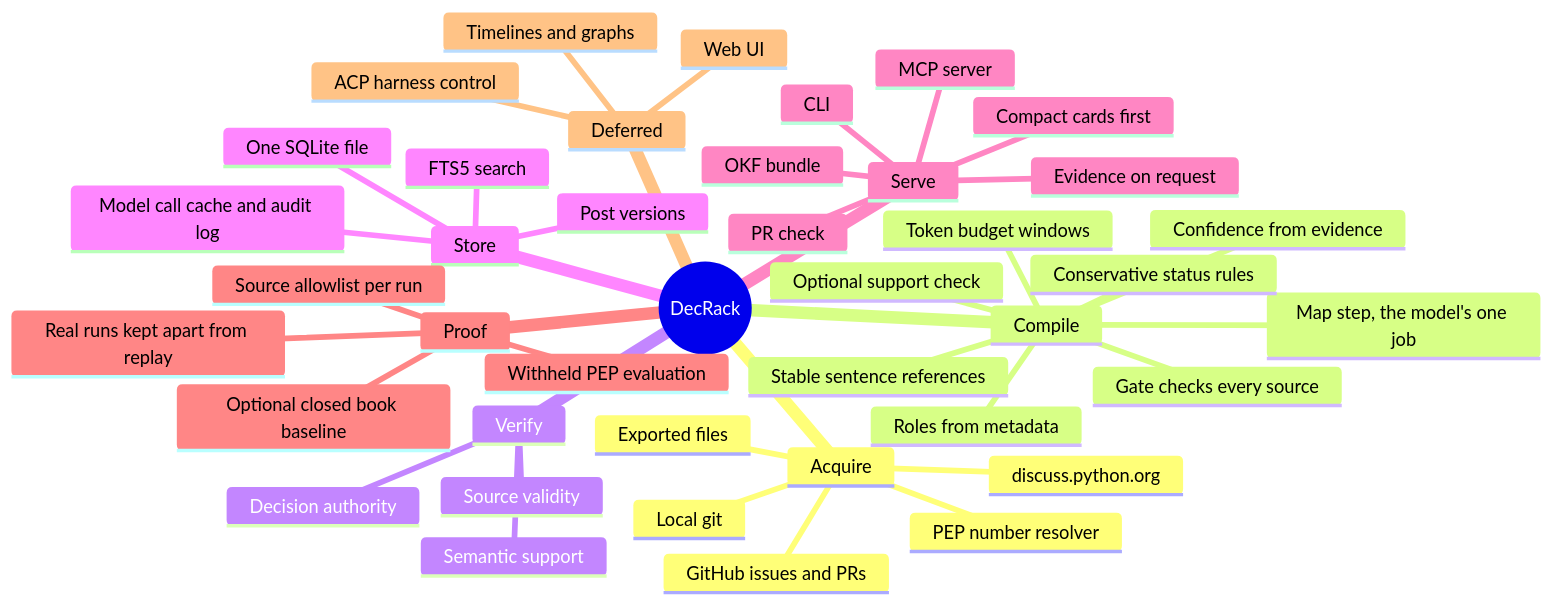
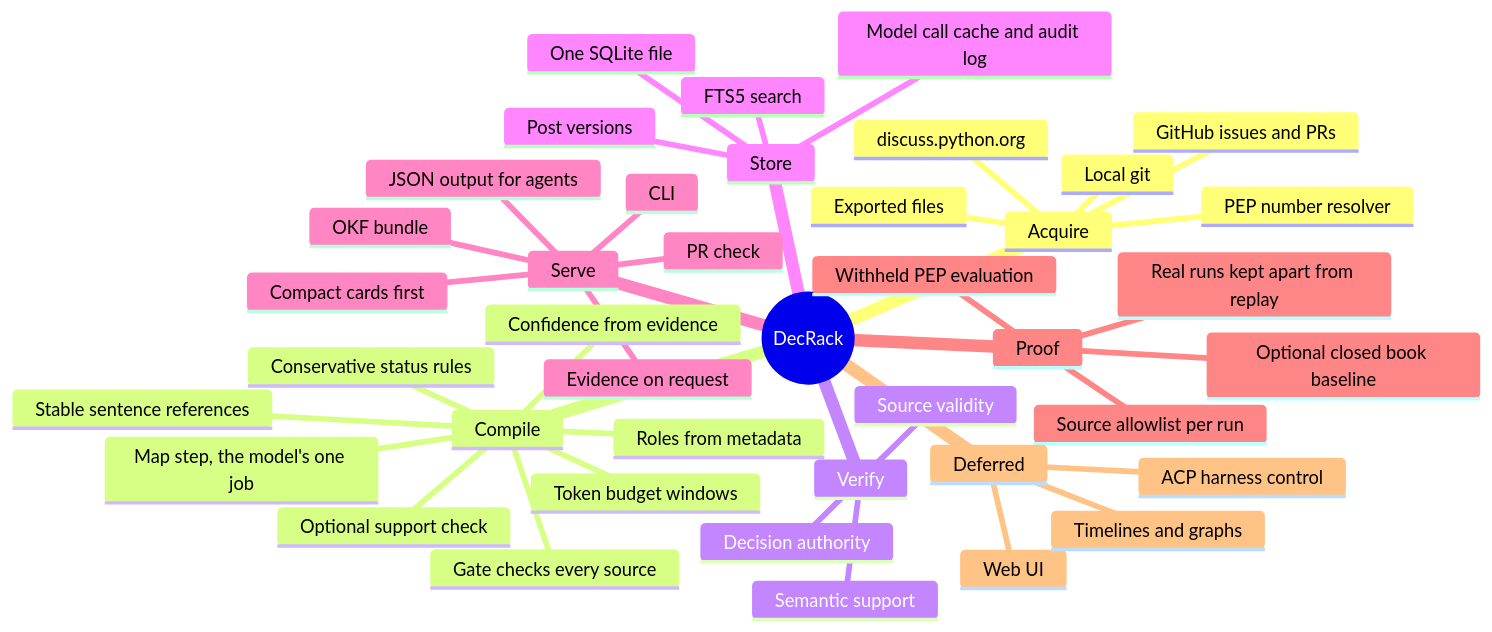
Before and after one commit to Madhav-GPT/DecRack: the first of 8 diagrams in docs/ARCHITECTURE.md, drawn with Mermaid. The commit also changed other lines of this file and 17 other files, not shown here.

````diff
--- a/docs/ARCHITECTURE.md
+++ b/docs/ARCHITECTURE.md
@@ -37,44 +37,44 @@
 ```mermaid
 mindmap
   root((DecRack))
     Acquire
       PEP number resolver
       discuss.python.org
       GitHub issues and PRs
       Exported files
       Local git
     Compile
       Stable sentence references
       Roles from metadata
       Token budget windows
       Map step, the model's one job
       Gate checks every source
       Optional support check
       Conservative status rules
       Confidence from evidence
     Verify
       Source validity
       Semantic support
       Decision authority
     Store
       One SQLite file
       Post versions
       FTS5 search
       Model call cache and audit log
     Serve
       Compact cards first
       Evidence on request
-      MCP server
+      JSON output for agents
       CLI
       OKF bundle
       PR check
     Proof
       Withheld PEP evaluation
       Source allowlist per run
       Optional closed book baseline
       Real runs kept apart from replay
     Deferred
       Web UI
       ACP harness control
       Timelines and graphs
 ```
````
